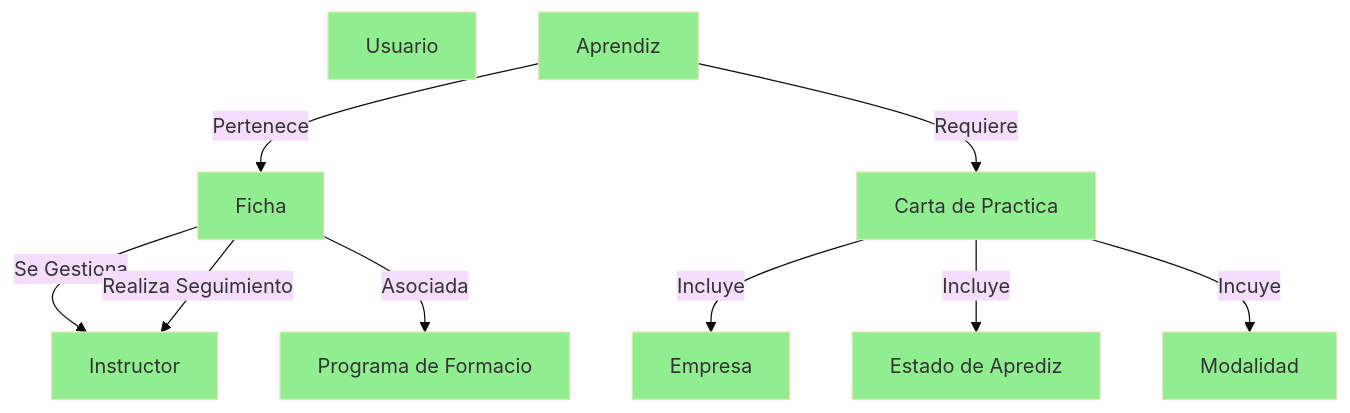
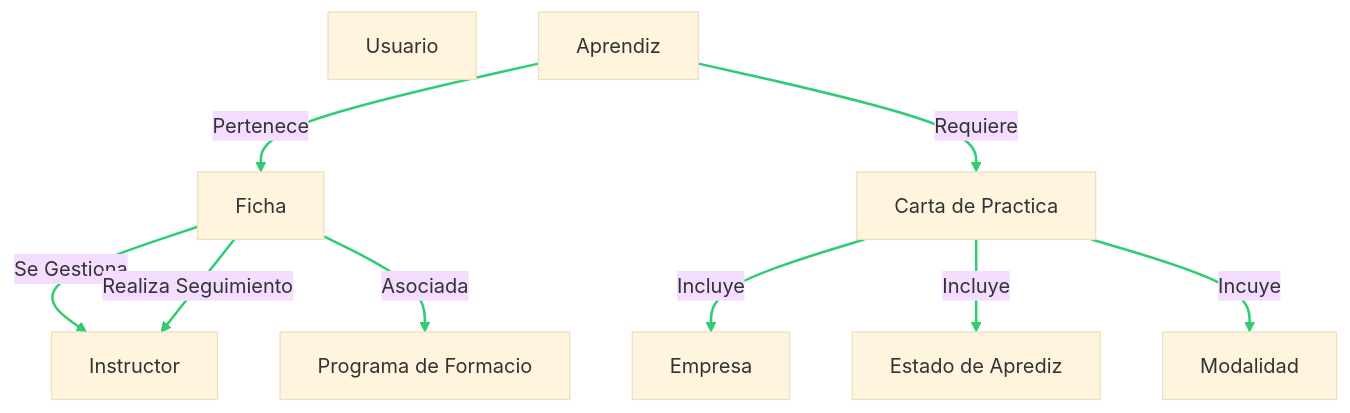
Before and after one commit to mateo12366/diagramas: the diagram in digramas.md, drawn with Mermaid (base theme).

Commit message:
componentes

````diff
--- a/digramas.md
+++ b/digramas.md
@@ -6,31 +6,30 @@
 ```mermaid
 graph TB
     Usuario["Usuario"] 
     Aprendiz["Aprendiz"]
     Ficha["Ficha"]
     Instructor["Instructor"]
     ProgramaFormacion["Programa de Formacio"]
     CartaPractica["Carta de Practica"]
     Empresa["Empresa"]
     EstadoAprediz["Estado de Aprediz"]
     Modalidad["Modalidad"]
 
-    style Usuario fill:lightgreen
-    style Aprendiz fill:lightgreen
-    style Ficha fill:lightgreen
-    style Instructor fill:lightgreen
-    style ProgramaFormacion fill:lightgreen
-    style CartaPractica fill:lightgreen
-    style Empresa fill:lightgreen
-    style EstadoAprediz fill:lightgreen
-    style Modalidad fill:lightgreen
-
     Aprendiz --> |Pertenece| Ficha
     Ficha --> |Se Gestiona| Instructor
     Ficha --> |Realiza Seguimiento| Instructor
     Ficha --> |Asociada| ProgramaFormacion
     Aprendiz --> |Requiere| CartaPractica
     CartaPractica --> |Incluye| Empresa
     CartaPractica --> |Incluye| EstadoAprediz
     CartaPractica --> |Incuye| Modalidad
+
+    linkStyle 0 stroke:#2ecd71,stroke-width:2px;
+    linkStyle 1 stroke:#2ecd71,stroke-width:2px;
+    linkStyle 2 stroke:#2ecd71,stroke-width:2px;
+    linkStyle 3 stroke:#2ecd71,stroke-width:2px;
+    linkStyle 4 stroke:#2ecd71,stroke-width:2px;
+    linkStyle 5 stroke:#2ecd71,stroke-width:2px;
+    linkStyle 6 stroke:#2ecd71,stroke-width:2px;
+    linkStyle 7 stroke:#2ecd71,stroke-width:2px;
 ```
````
